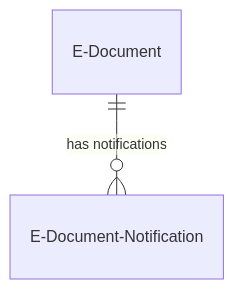
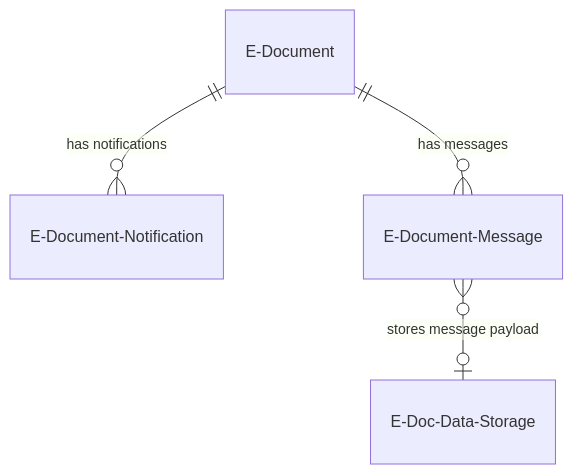
One commit to StefanMaron/MSDyn365BC.Sandbox.Code.History changed the second of 2 diagrams in E-Document Core/src/Document/docs/data-model.md. Above: the diagram before and after it, drawn with Mermaid. The commit also changed other lines of this file and 407 other files, not shown here.

````diff
--- a/E-Document Core/src/Document/docs/data-model.md
+++ b/E-Document Core/src/Document/docs/data-model.md
@@ -31,4 +55,6 @@
 ```mermaid
 erDiagram
     E-Document ||--o{ E-Document-Notification : "has notifications"
+    E-Document ||--o{ E-Document-Message : "has messages"
+    E-Document-Message }o--o| E-Doc-Data-Storage : "stores message payload"
 ```
````
